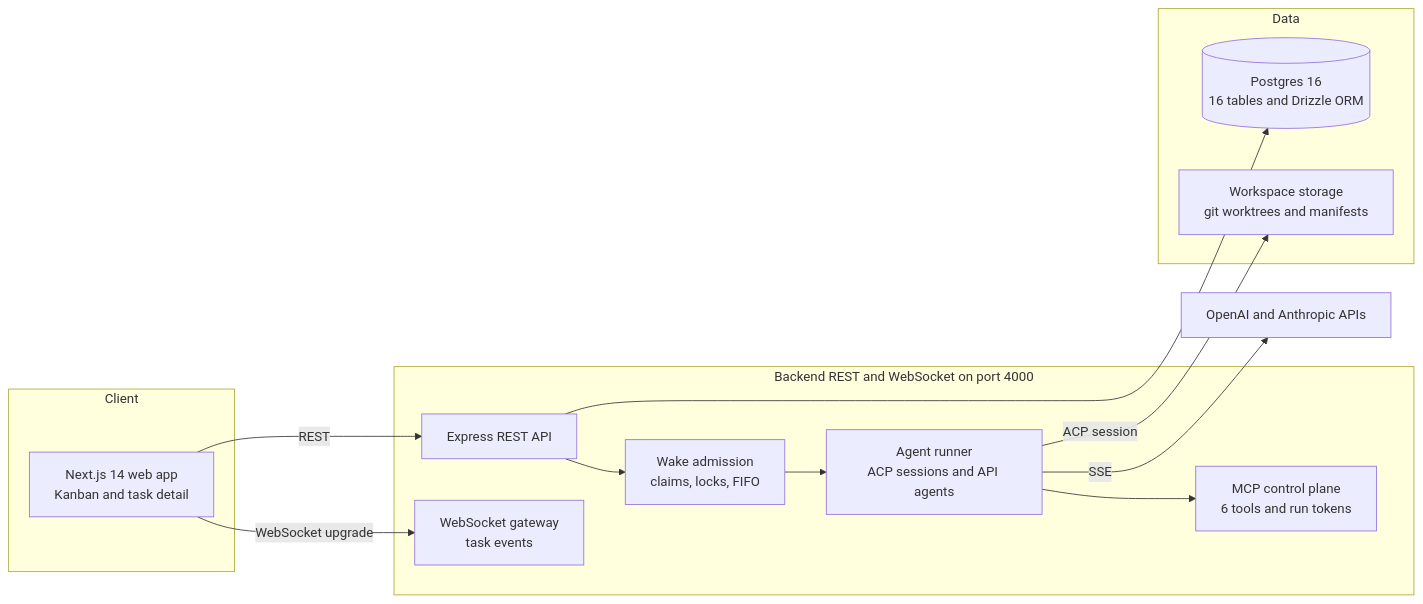
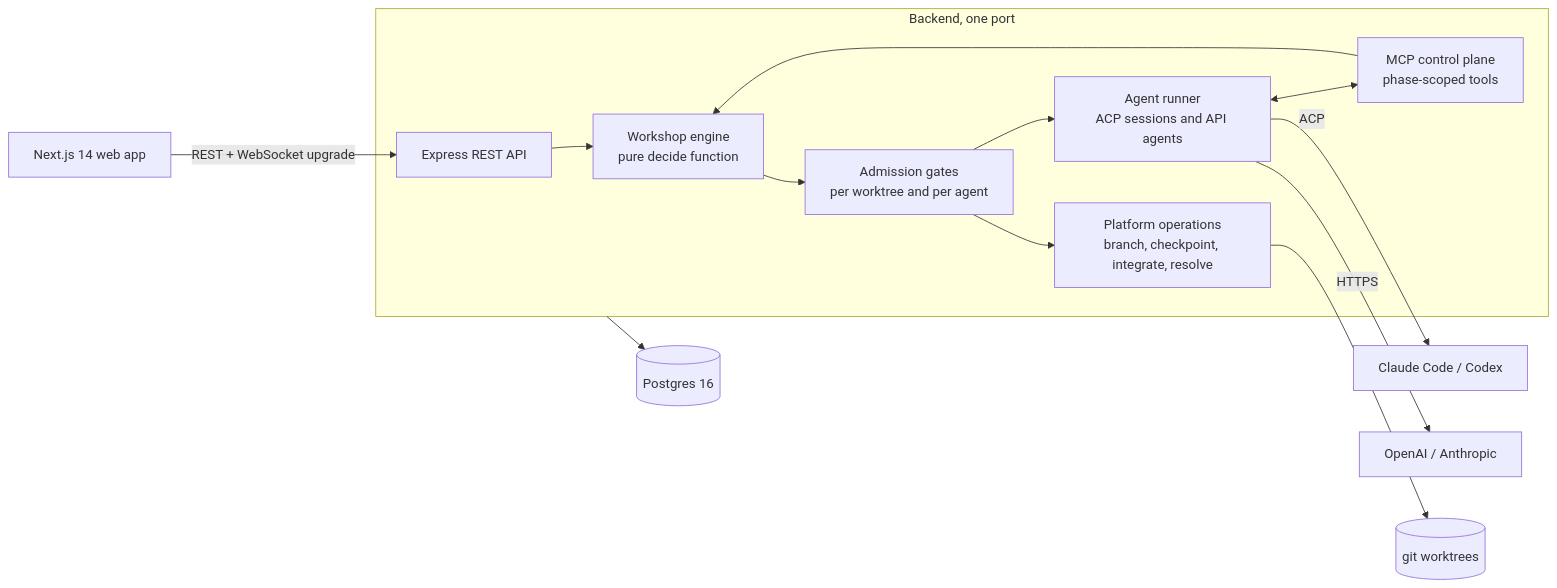
One commit to jeremychenczm/loxo changed the second of 2 diagrams in README.md. Above: the diagram before and after it, drawn with Mermaid. The commit also changed other lines of this file, not shown here.

First line of the commit message:
docs: rewrite the README around the multi-agent workshop engine

````diff
--- a/README.md
+++ b/README.md
@@ -106,26 +153,25 @@
 ```mermaid
 flowchart LR
-    subgraph Client
-        FE[Next.js 14 web app<br/>Kanban and task detail]
+    FE[Next.js 14 web app] -->|REST + WebSocket upgrade| API
+
+    subgraph Backend[Backend, one port]
+        API[Express REST API]
+        ENG[Workshop engine<br/>pure decide function]
+        GATE[Admission gates<br/>per worktree and per agent]
+        OPS[Platform operations<br/>branch, checkpoint, integrate, resolve]
+        RUN[Agent runner<br/>ACP sessions and API agents]
+        MCP[MCP control plane<br/>phase-scoped tools]
     end
-    subgraph Server[Backend REST and WebSocket on port 4000]
-        API[Express REST API]
-        WS[WebSocket gateway<br/>task events]
-        WAKE[Wake admission<br/>claims, locks, FIFO]
-        MCP[MCP control plane<br/>6 tools and run tokens]
-        RUNNER[Agent runner<br/>ACP sessions and API agents]
-    end
-    subgraph Data
-        PG[(Postgres 16<br/>16 tables and Drizzle ORM)]
-        FS[Workspace storage<br/>git worktrees and manifests]
-    end
-    LLM[OpenAI and Anthropic APIs]
 
-    FE -->|REST| API
-    FE -->|WebSocket upgrade| WS
-    API --> WAKE --> RUNNER
-    RUNNER --> MCP
-    RUNNER -->|ACP session| FS
-    RUNNER -->|SSE| LLM
-    API --> PG
+    API --> ENG
+    ENG --> GATE
+    GATE --> RUN
+    GATE --> OPS
+    RUN <--> MCP
+    MCP --> ENG
+
+    RUN -->|ACP| CLI[Claude Code / Codex]
+    RUN -->|HTTPS| LLM[OpenAI / Anthropic]
+    OPS --> GIT[(git worktrees)]
+    Backend --> PG[(Postgres 16)]
 ```
````
